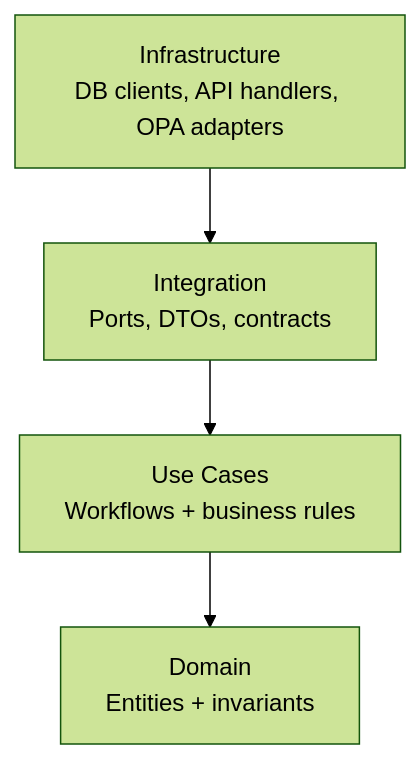
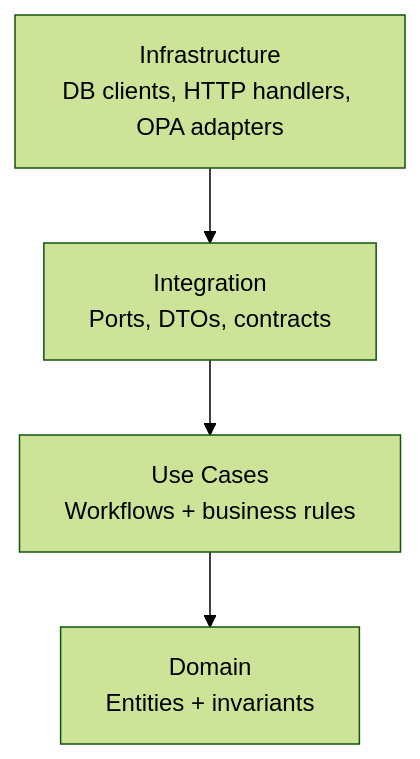
One commit to bartytime4life/Kansas-Frontier-Matrix changed the second of 2 diagrams in src/README.md. Above: the diagram before and after it, drawn with Mermaid (forest theme). The commit also changed other lines of this file, not shown here.

````diff
--- a/src/README.md
+++ b/src/README.md
@@ -177,6 +198,6 @@
 ```mermaid
 flowchart TD
-  INFRA[Infrastructure<br/>DB clients, API handlers, OPA adapters] --> INT[Integration<br/>Ports, DTOs, contracts]
+  INFRA[Infrastructure<br/>DB clients, HTTP handlers, OPA adapters] --> INT[Integration<br/>Ports, DTOs, contracts]
   INT --> USE[Use Cases<br/>Workflows + business rules]
   USE --> DOM[Domain<br/>Entities + invariants]
 ```
````
